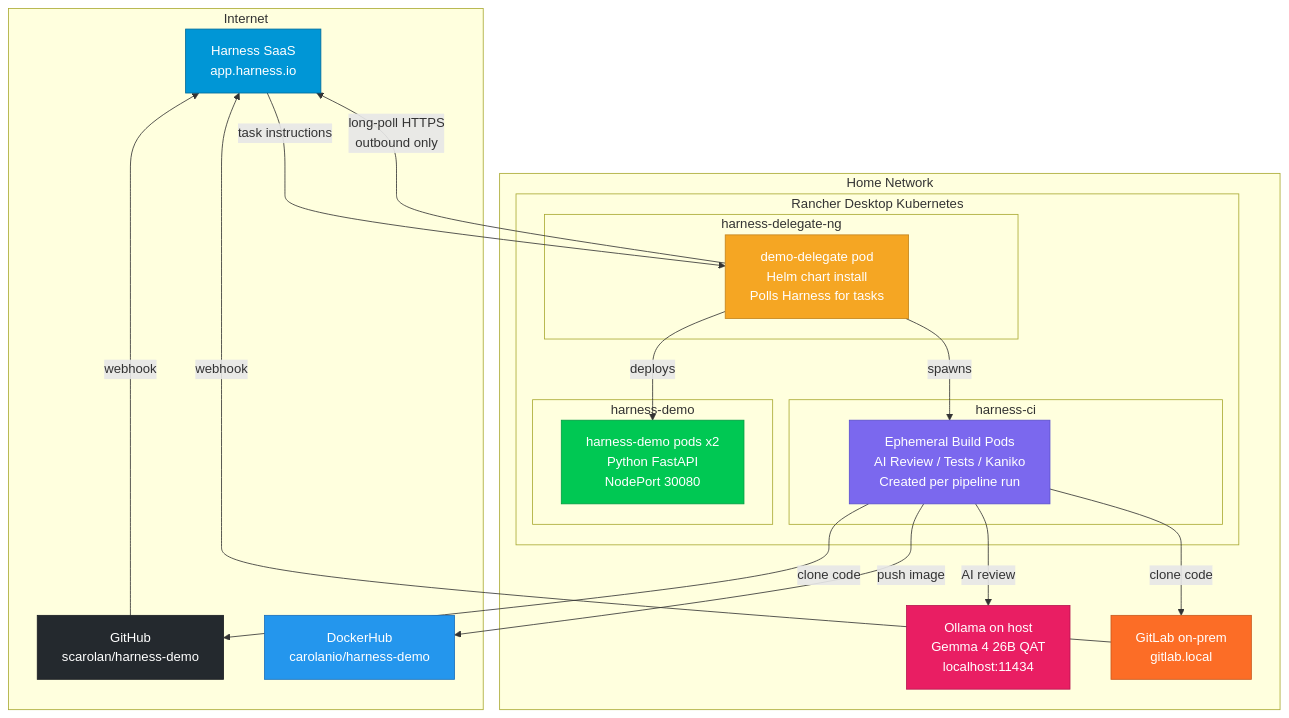
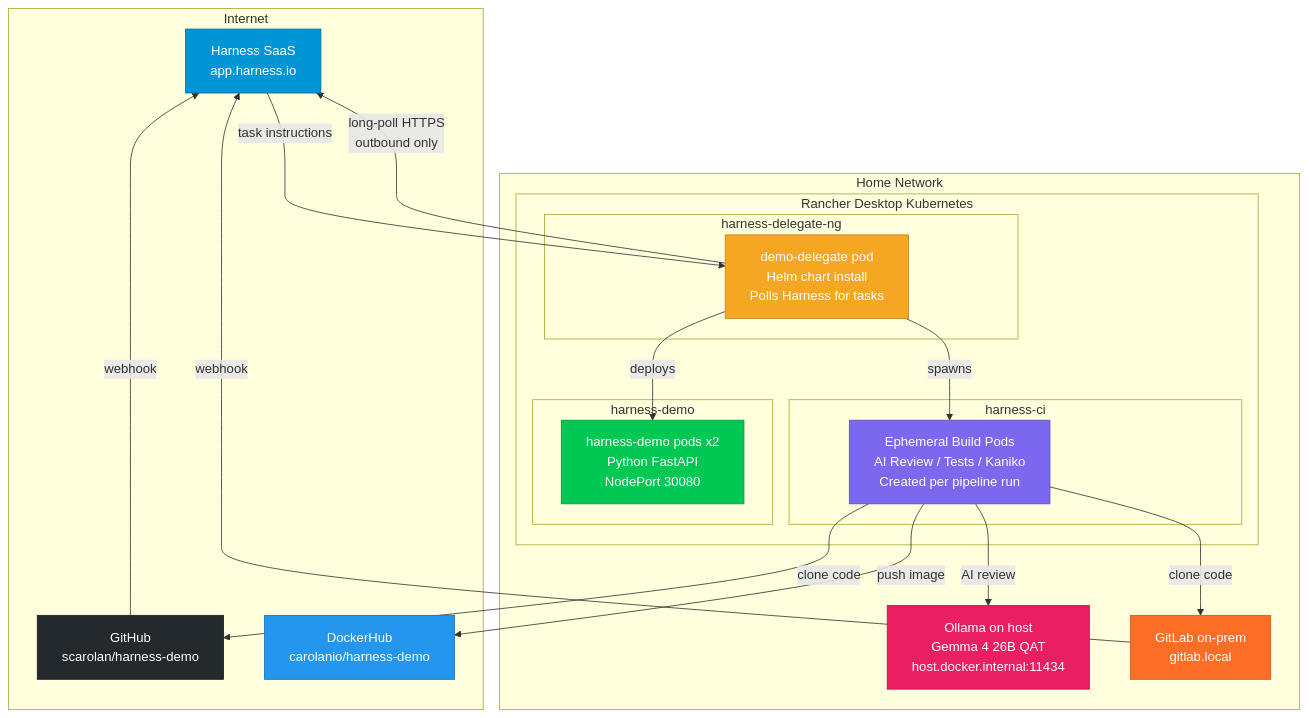
One commit to scarolan/harness-demo changed the first of 4 diagrams in docs/ARCHITECTURE.md. Above: the diagram before and after it, drawn with Mermaid. The commit also changed other lines of this file and 3 other files, not shown here.

````diff
--- a/docs/ARCHITECTURE.md
+++ b/docs/ARCHITECTURE.md
@@ -5,44 +5,44 @@
 ```mermaid
 graph TB
     subgraph Internet
         HARNESS[Harness SaaS<br/>app.harness.io]
         GITHUB[GitHub<br/>scarolan/harness-demo]
         DOCKERHUB[DockerHub<br/>carolanio/harness-demo]
     end
 
     subgraph Home Network
         subgraph Rancher Desktop Kubernetes
             subgraph harness-delegate-ng
                 DELEGATE[demo-delegate pod<br/>Helm chart install<br/>Polls Harness for tasks]
             end
             subgraph harness-ci
                 BUILD[Ephemeral Build Pods<br/>AI Review / Tests / Kaniko<br/>Created per pipeline run]
             end
             subgraph harness-demo
                 APP1[harness-demo pods x2<br/>Python FastAPI<br/>NodePort 30080]
             end
         end
-        OLLAMA[Ollama on host<br/>Gemma 4 26B QAT<br/>localhost:11434]
+        OLLAMA[Ollama on host<br/>Gemma 4 26B QAT<br/>host.docker.internal:11434]
         GITLAB[GitLab on-prem<br/>gitlab.local]
     end
 
     GITHUB -->|webhook| HARNESS
     GITLAB -->|webhook| HARNESS
     DELEGATE -->|long-poll HTTPS<br/>outbound only| HARNESS
     HARNESS -->|task instructions| DELEGATE
     DELEGATE -->|spawns| BUILD
     DELEGATE -->|deploys| APP1
     BUILD -->|clone code| GITHUB
     BUILD -->|clone code| GITLAB
     BUILD -->|AI review| OLLAMA
     BUILD -->|push image| DOCKERHUB
 
     style HARNESS fill:#0096d6,stroke:#006b99,color:#fff
     style GITHUB fill:#24292e,stroke:#1b1f23,color:#fff
     style DOCKERHUB fill:#2496ed,stroke:#1a6fba,color:#fff
     style DELEGATE fill:#f5a623,stroke:#c4841c,color:#fff
     style BUILD fill:#7b68ee,stroke:#5a4fcf,color:#fff
     style APP1 fill:#00c853,stroke:#009e42,color:#fff
     style OLLAMA fill:#e91e63,stroke:#b71550,color:#fff
     style GITLAB fill:#fc6d26,stroke:#c95a1f,color:#fff
 ```
````
